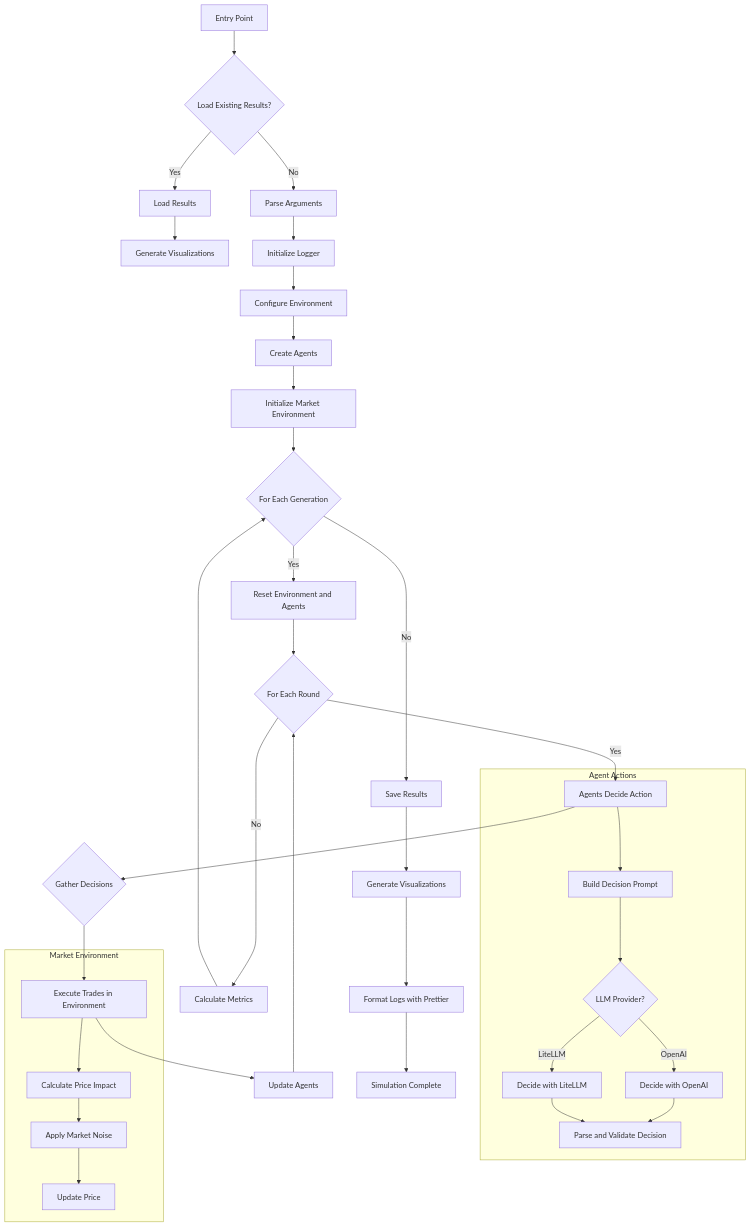
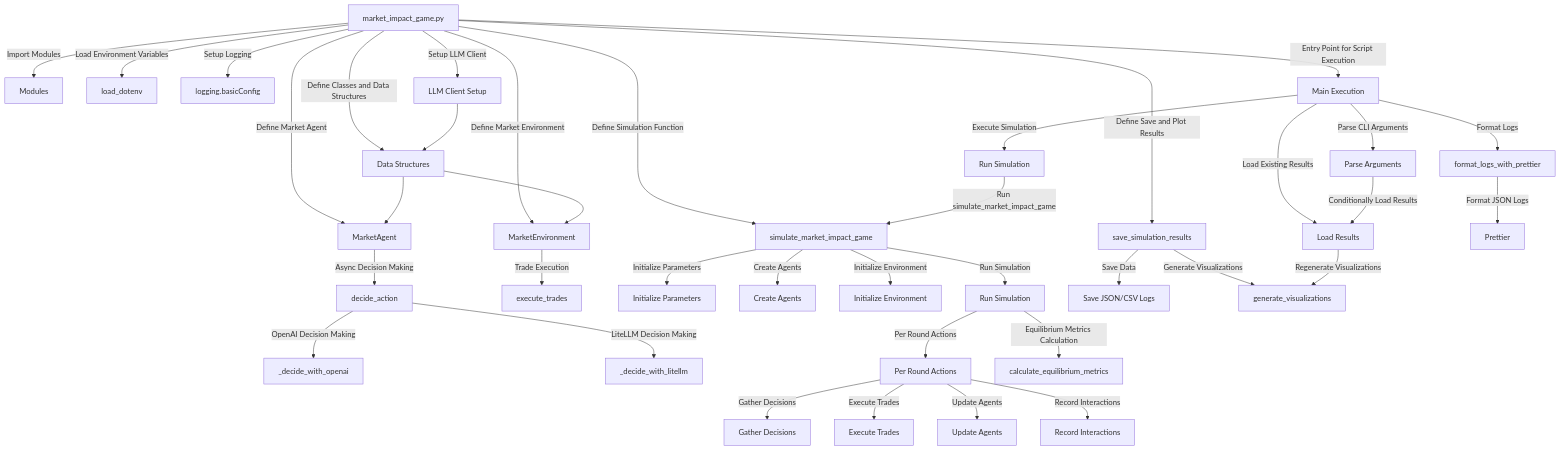
Before and after one commit to ghollbeck/Multi-Agent-Equilibria: the diagram in Games/4_Market_Impact_Game/architecture/market_impact_game_flowchart.mmd, drawn with Mermaid. The commit also changed 29 other files, not shown here.

```diff
--- a/Games/4_Market_Impact_Game/architecture/market_impact_game_flowchart.mmd
+++ b/Games/4_Market_Impact_Game/architecture/market_impact_game_flowchart.mmd
@@ -1,41 +1,40 @@
 graph TD
-    A[Entry Point] --> B{Load Existing Results?}
-    B -- Yes --> C[Load Results]
-    C --> D[Generate Visualizations]
-    B -- No --> E[Parse Arguments]
-    E --> F[Initialize Logger]
-    F --> G[Configure Environment]
-    G --> H[Create Agents]
-    H --> I[Initialize Market Environment]
-    I --> J{For Each Generation}
+    A[market_impact_game.py] -->|Import Modules| B[Modules]
+    A -->|Load Environment Variables| C[load_dotenv]
+    A -->|Setup Logging| D[logging.basicConfig]
+    A -->|Setup LLM Client| E[LLM Client Setup]
+    A -->|Define Classes and Data Structures| F[Data Structures]
+    A -->|Define Market Agent| G[MarketAgent]
+    A -->|Define Market Environment| H[MarketEnvironment]
+    A -->|Define Simulation Function| I[simulate_market_impact_game]
+    A -->|Define Save and Plot Results| J[save_simulation_results]
+    A -->|Entry Point for Script Execution| K[Main Execution]
     
-    J -->|Yes| K[Reset Environment and Agents]
-    K --> L{For Each Round}
-    L -->|Yes| M[Agents Decide Action]
-    M --> N{Gather Decisions}
-    N --> O[Execute Trades in Environment]
-    O --> P[Update Agents]
-    P --> L
+    E --> F
+    F --> G
+    F --> H
+    G -->|Async Decision Making| G1[decide_action]
+    G1 -->|OpenAI Decision Making| G2[_decide_with_openai]
+    G1 -->|LiteLLM Decision Making| G3[_decide_with_litellm]
+    H -->|Trade Execution| H1[execute_trades]
+    I -->|Initialize Parameters| I1[Initialize Parameters]
+    I -->|Create Agents| I2[Create Agents]
+    I -->|Initialize Environment| I3[Initialize Environment]
+    I -->|Run Simulation| I4[Run Simulation]
+    I4 -->|Per Round Actions| I5[Per Round Actions]
+    I4 -->|Equilibrium Metrics Calculation| I6[calculate_equilibrium_metrics]
+    I5 -->|Gather Decisions| I5a[Gather Decisions]
+    I5 -->|Execute Trades| I5b[Execute Trades]
+    I5 -->|Update Agents| I5c[Update Agents]
+    I5 -->|Record Interactions| I5d[Record Interactions]
+    J -->|Save Data| J1[Save JSON/CSV Logs]
+    J -->|Generate Visualizations| J2[generate_visualizations]
+    K -->|Parse CLI Arguments| K1[Parse Arguments]
+    K -->|Load Existing Results| K2[Load Results]
+    K -->|Execute Simulation| K3[Run Simulation]
+    K -->|Format Logs| K4[format_logs_with_prettier]
     
-    L ---->|No| Q[Calculate Metrics]
-    Q --> J
-    
-    J ---->|No| R[Save Results]
-    R --> S[Generate Visualizations]
-    S --> T[Format Logs with Prettier]
-    T --> U[Simulation Complete]
-    
-    subgraph Agent Actions
-        M --> V[Build Decision Prompt]
-        V --> W{LLM Provider?}
-        W -->|OpenAI| X[Decide with OpenAI]
-        W -->|LiteLLM| Y[Decide with LiteLLM]
-        X --> Z[Parse and Validate Decision]
-        Y --> Z
-    end
-    
-    subgraph Market Environment
-        O --> AA[Calculate Price Impact]
-        AA --> AB[Apply Market Noise]
-        AB --> AC[Update Price]
-    end
+    K1 -->|Conditionally Load Results| K2
+    K2 -->|Regenerate Visualizations| J2
+    K3 -->|Run simulate_market_impact_game| I
+    K4 -->|Format JSON Logs| K4a[Prettier]
```
